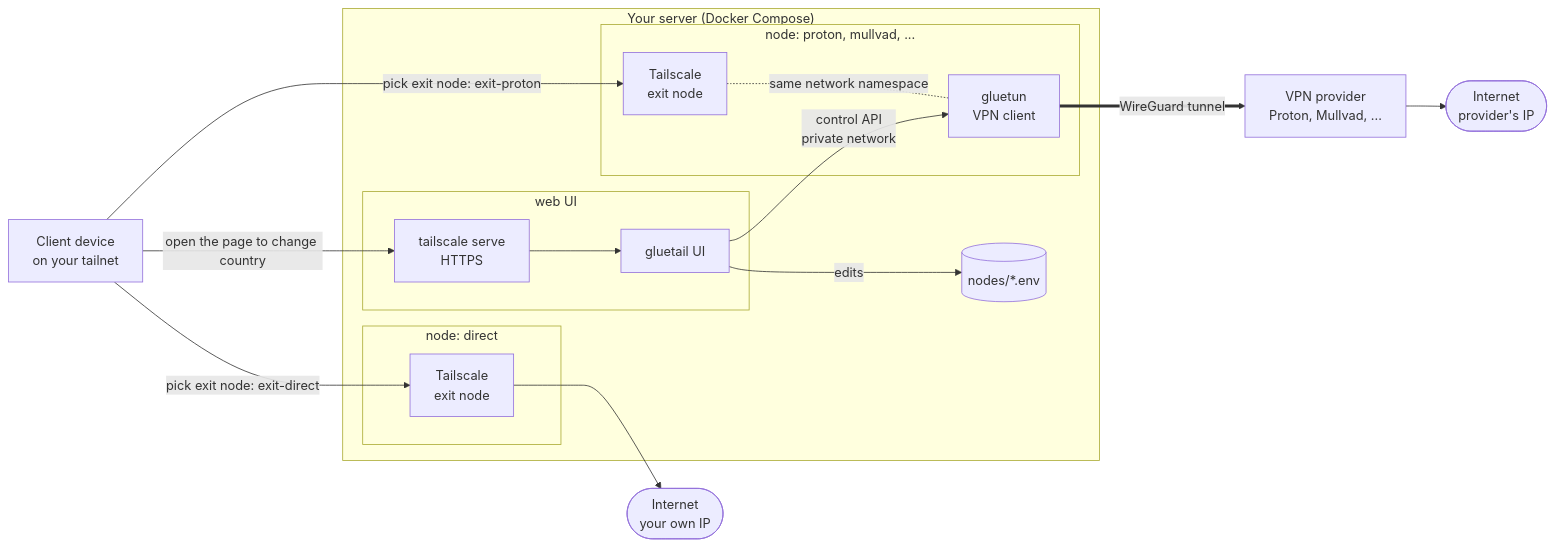
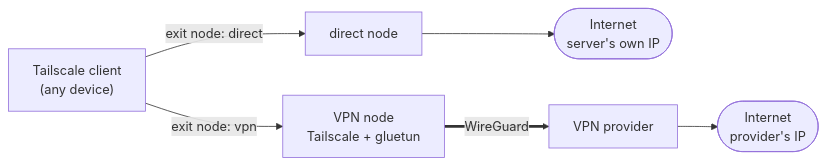
One commit to oallw/gluetail changed the diagram in README.md. Above: the diagram before and after it, drawn with Mermaid. The commit also changed other lines of this file and 18 other files, not shown here.

````diff
--- a/README.md
+++ b/README.md
@@ -12,25 +16,6 @@
 ```mermaid
 flowchart LR
-    phone["Client device<br/>on your tailnet"]
-
-    subgraph server["Your server (Docker Compose)"]
-        subgraph direct["node: direct"]
-            ts1["Tailscale<br/>exit node"]
-        end
-        subgraph vpn["node: proton, mullvad, ..."]
-            ts2["Tailscale<br/>exit node"]
-            gl["gluetun<br/>VPN client"]
-            ts2 -.- |"same network namespace"| gl
-        end
-        subgraph ui["web UI"]
-            serve["tailscale serve<br/>HTTPS"] --> web["gluetail UI"]
-        end
-        web -->|"control API<br/>private network"| gl
-        web -->|"edits"| files[("nodes/*.env")]
-    end
-
-    phone -->|"pick exit node: exit-direct"| ts1 --> net1(["Internet<br/>your own IP"])
-    phone -->|"pick exit node: exit-proton"| ts2
-    gl ==>|"WireGuard tunnel"| prov["VPN provider<br/>Proton, Mullvad, ..."] --> net2(["Internet<br/>provider's IP"])
-    phone -->|"open the page to change country"| serve
+    device["Tailscale client<br/>(any device)"]
+    device -->|"exit node: direct"| direct["direct node"] --> net1(["Internet<br/>server's own IP"])
+    device -->|"exit node: vpn"| vpn["VPN node<br/>Tailscale + gluetun"] ==>|"WireGuard"| provider["VPN provider"] --> net2(["Internet<br/>provider's IP"])
 ```
````
